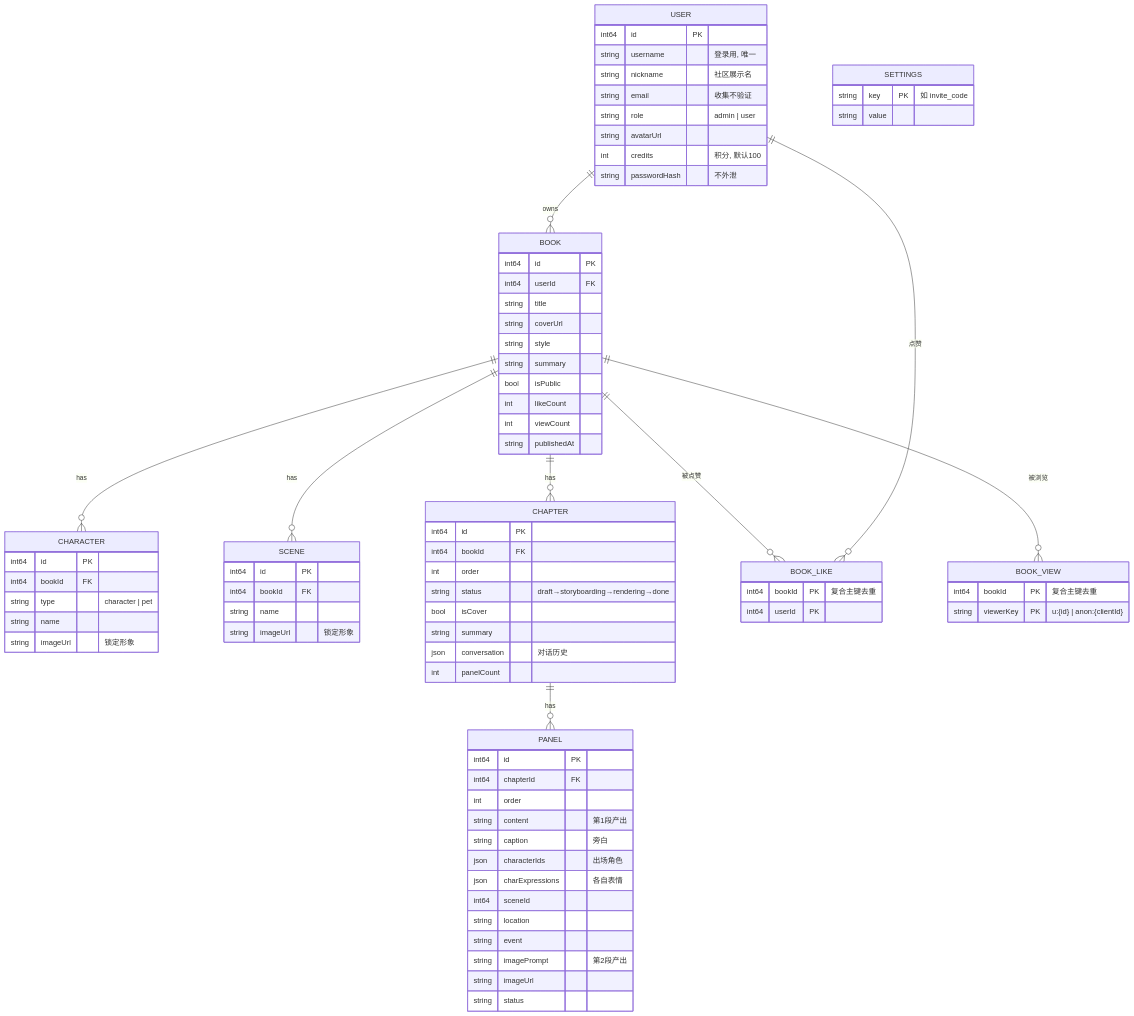
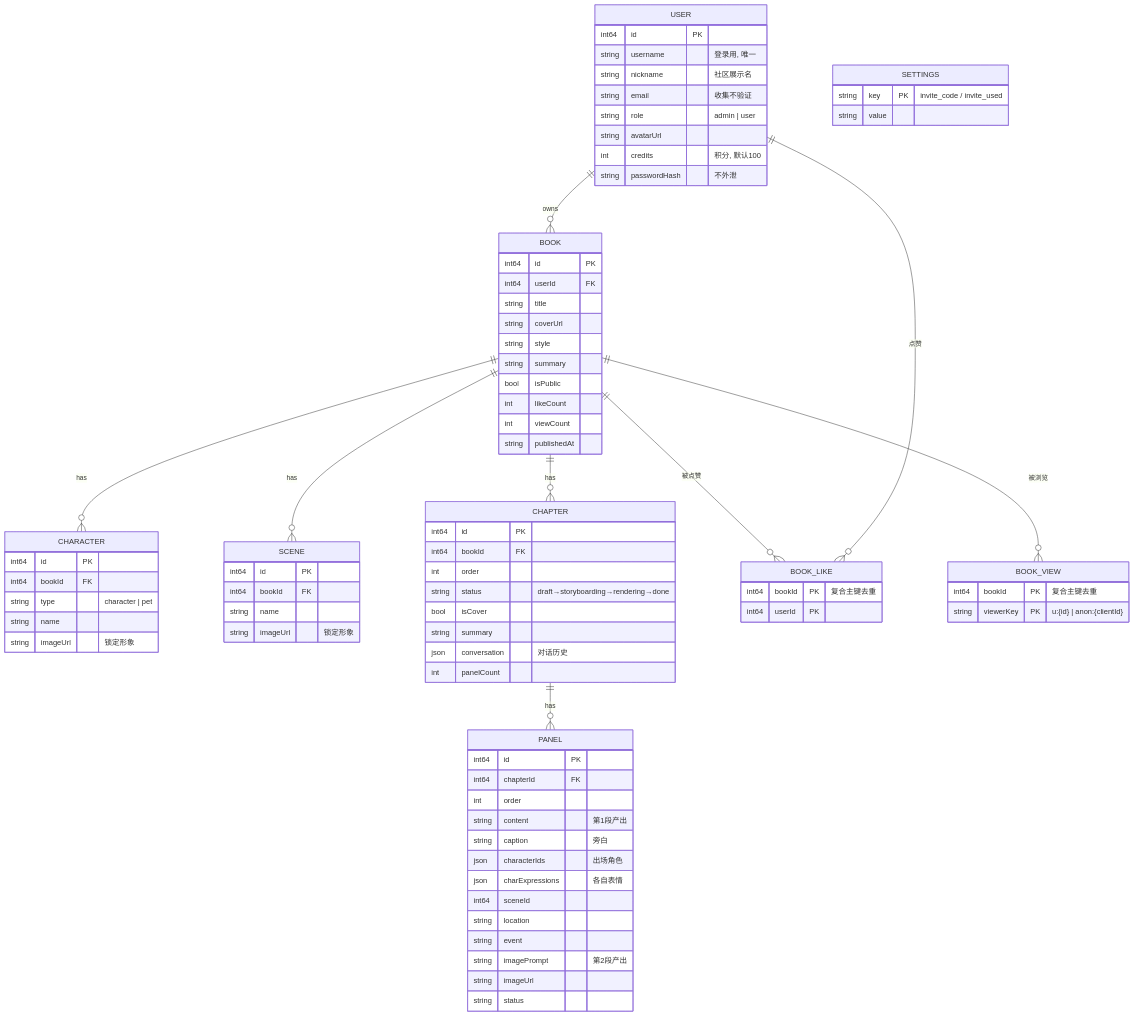
One commit to seven-agents/oh-my-commic changed the second of 5 diagrams in docs/ARCHITECTURE.md. Above: the diagram before and after it, drawn with Mermaid. The commit also changed other lines of this file and 3 other files, not shown here.

````diff
--- a/docs/ARCHITECTURE.md
+++ b/docs/ARCHITECTURE.md
@@ -154,7 +154,7 @@
         string viewerKey PK "u:{id} | anon:{clientId}"
     }
     SETTINGS {
-        string key PK "如 invite_code"
+        string key PK "invite_code / invite_used"
         string value
     }
 ```
````
